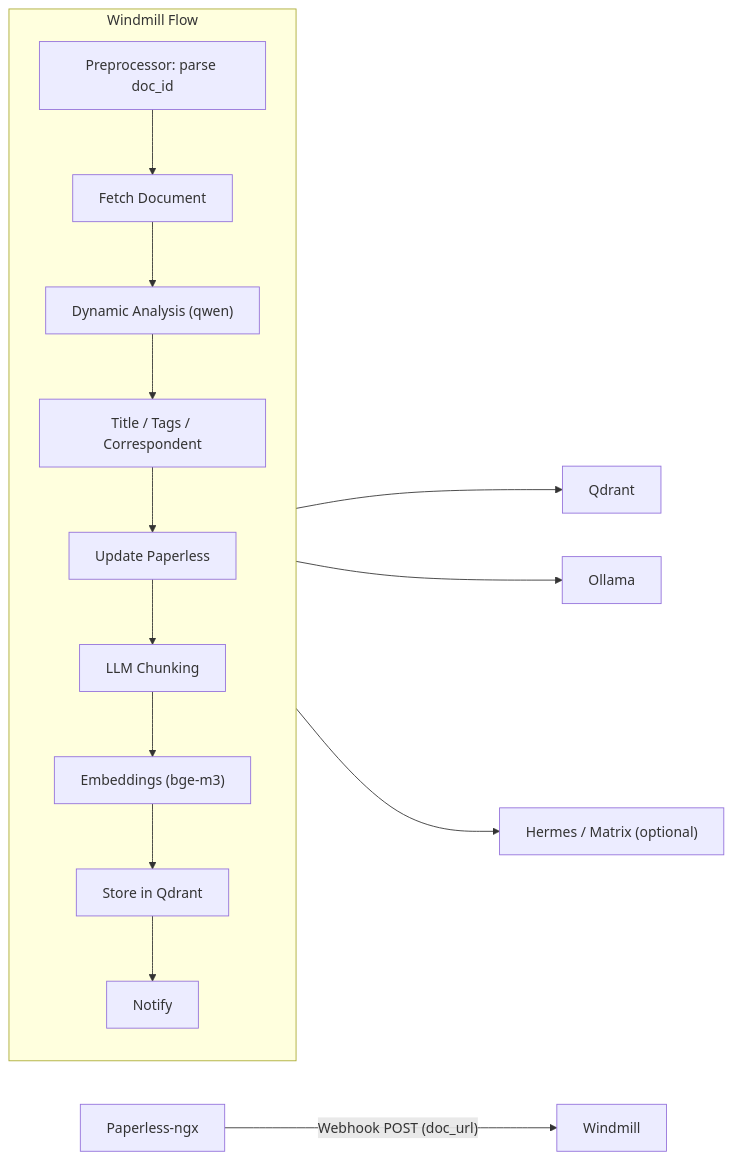
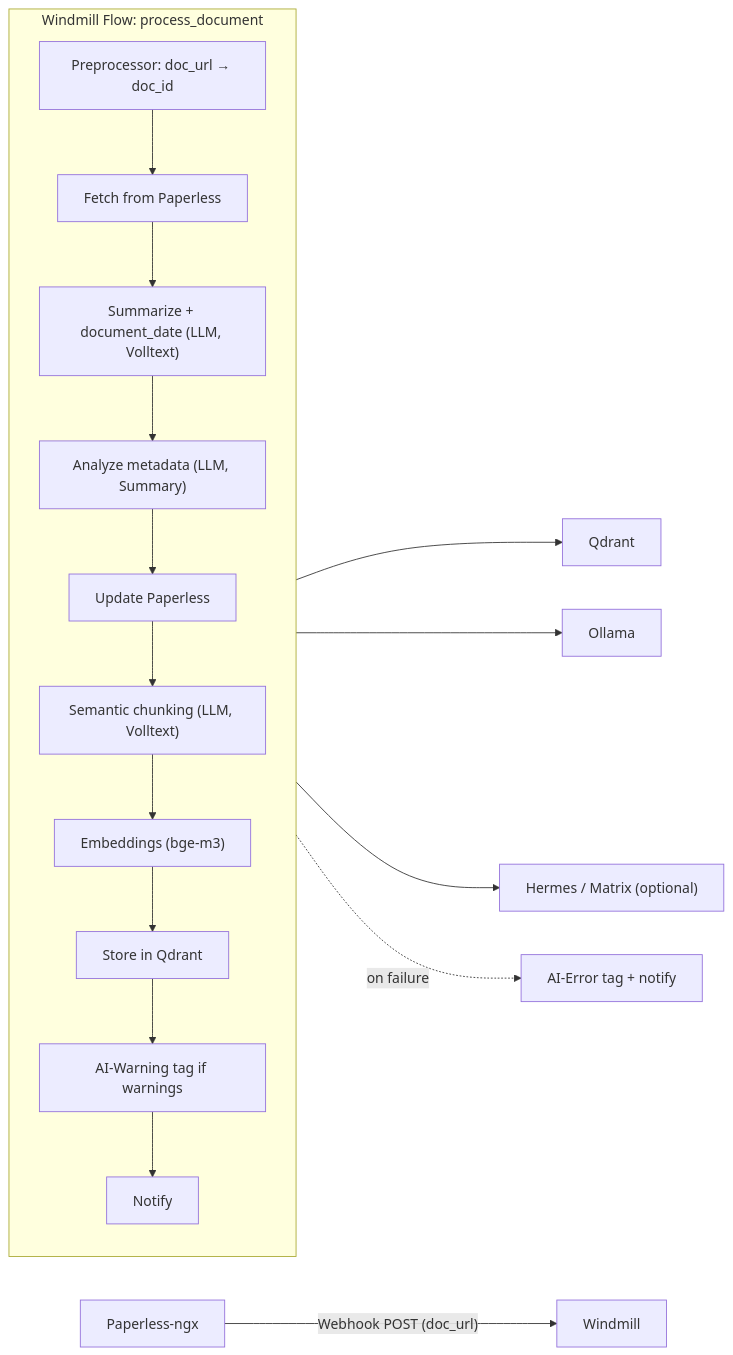
The diagram in README.md (whoppercheese/pAIperless), drawn with Mermaid before and after one commit. The commit also changed other lines of this file and 2 other files, not shown here.

````diff
--- a/README.md
+++ b/README.md
@@ -7,18 +7,20 @@
 ```mermaid
 flowchart LR
   PaperlessNgx["Paperless-ngx"] -->|"Webhook POST (doc_url)"| Windmill
-  subgraph windmillFlow ["Windmill Flow"]
+  subgraph windmillFlow ["Windmill Flow: process_document"]
     direction TB
-    Preprocess["Preprocessor: parse doc_id"] --> Fetch["Fetch Document"]
-    Fetch --> Classify["Dynamic Analysis (qwen)"]
-    Classify --> Metadata["Title / Tags / Correspondent"]
-    Metadata --> UpdatePL["Update Paperless"]
-    UpdatePL --> Chunk["LLM Chunking"]
+    Preprocess["Preprocessor: doc_url → doc_id"] --> Fetch["Fetch from Paperless"]
+    Fetch --> Summarize["Summarize + document_date (LLM, Volltext)"]
+    Summarize --> Analyze["Analyze metadata (LLM, Summary)"]
+    Analyze --> UpdatePL["Update Paperless"]
+    UpdatePL --> Chunk["Semantic chunking (LLM, Volltext)"]
     Chunk --> Embed["Embeddings (bge-m3)"]
     Embed --> StoreQdrant["Store in Qdrant"]
-    StoreQdrant --> Notify["Notify"]
+    StoreQdrant --> StatusTag["AI-Warning tag if warnings"]
+    StatusTag --> Notify["Notify"]
   end
   windmillFlow --> Qdrant
   windmillFlow --> Ollama
   windmillFlow --> Hermes["Hermes / Matrix (optional)"]
+  windmillFlow -.->|"on failure"| AIError["AI-Error tag + notify"]
 ```
````
